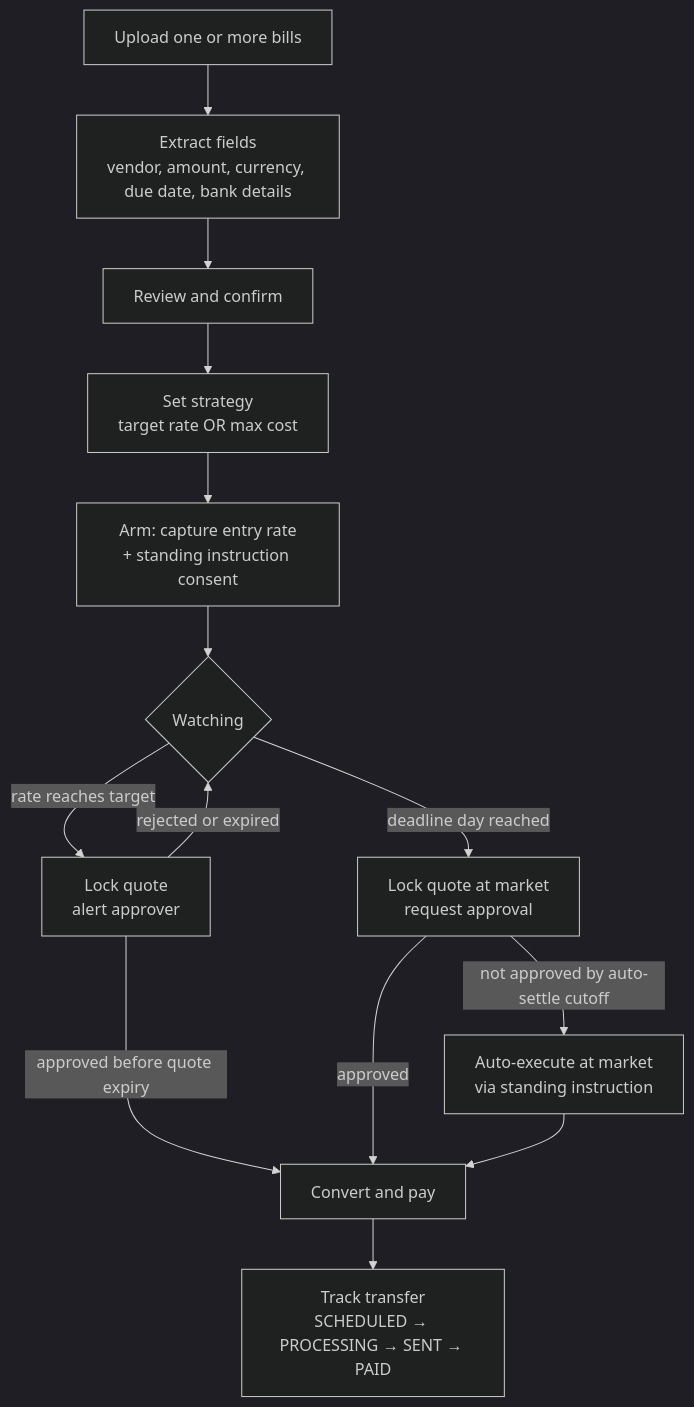
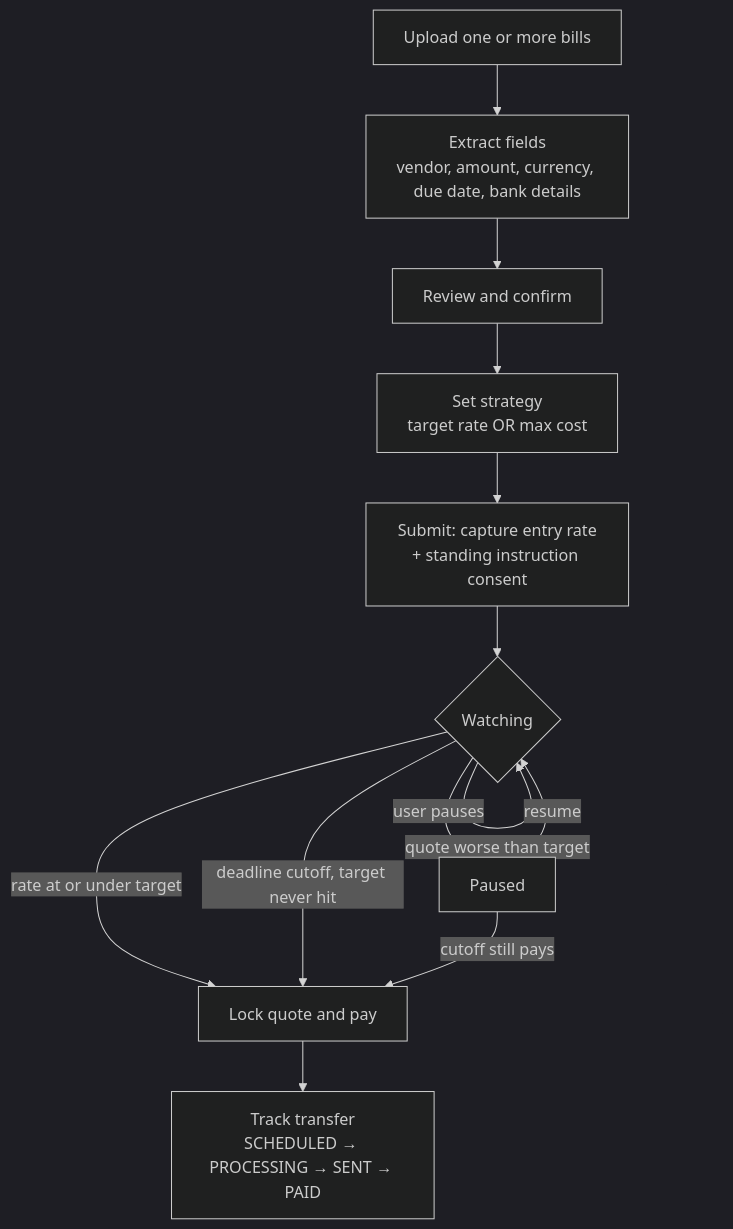
Before and after one commit to awx-devx/airwallex-fx-target-payment: the diagram in docs/00-product-brief.md, drawn with Mermaid (dark theme). The commit also changed other lines of this file and 79 other files, not shown here.

First line of the commit message:
feat(contracts)!: pay a submitted bill without an approval gate

````diff
--- a/docs/00-product-brief.md
+++ b/docs/00-product-brief.md
@@ -27,16 +22,15 @@
 ```mermaid
 flowchart TD
   U[Upload one or more bills] --> X[Extract fields<br/>vendor, amount, currency, due date, bank details]
   X --> R[Review and confirm]
   R --> S[Set strategy<br/>target rate OR max cost]
-  S --> A[Arm: capture entry rate<br/>+ standing instruction consent]
+  S --> A[Submit: capture entry rate<br/>+ standing instruction consent]
   A --> W{Watching}
-  W -- rate reaches target --> Q[Lock quote<br/>alert approver]
-  Q -- approved before quote expiry --> P[Convert and pay]
-  Q -- rejected or expired --> W
-  W -- deadline day reached --> DQ[Lock quote at market<br/>request approval]
-  DQ -- approved --> P
-  DQ -- not approved by auto-settle cutoff --> AUTO[Auto-execute at market<br/>via standing instruction]
-  AUTO --> P
+  W -- rate at or under target --> P[Lock quote and pay]
+  W -- quote worse than target --> W
+  W -- user pauses --> PAUSED[Paused]
+  PAUSED -- resume --> W
+  W -- deadline cutoff, target never hit --> P
+  PAUSED -- cutoff still pays --> P
   P --> T[Track transfer<br/>SCHEDULED → PROCESSING → SENT → PAID]
 ```
````
